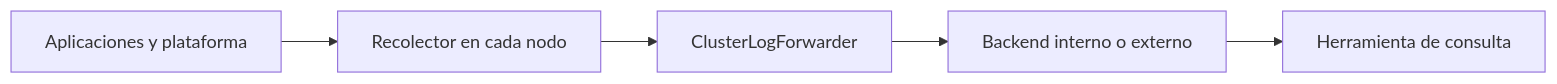
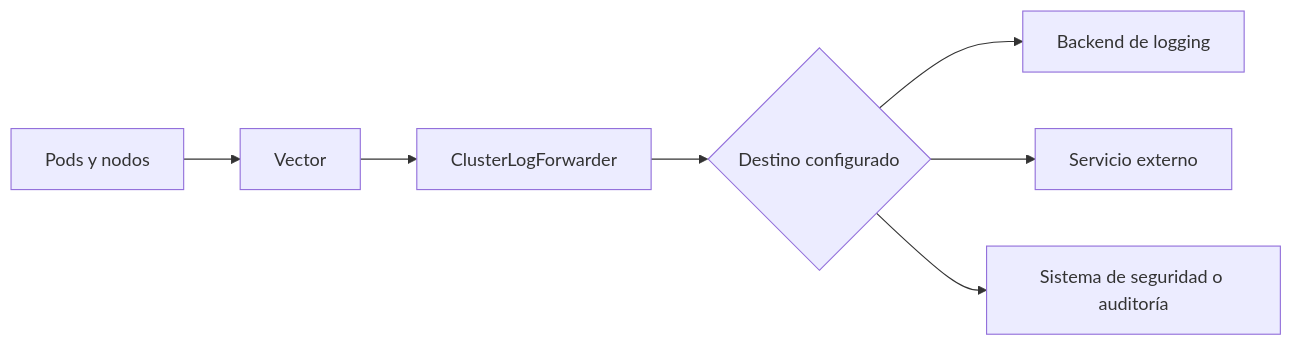
One commit to ieftraining/curso-openshift changed the fourth of 4 diagrams in docs/sesion3/3.4 Logs.md. Above: the diagram before and after it, drawn with Mermaid. The commit also changed other lines of this file, not shown here.

````diff
--- a/docs/sesion3/3.4 Logs.md
+++ b/docs/sesion3/3.4 Logs.md
@@ -215,7 +237,9 @@
 ```mermaid
 flowchart LR
-    A[Aplicaciones y plataforma] --> B[Recolector en cada nodo]
+    A[Pods y nodos] --> B[Vector]
     B --> C[ClusterLogForwarder]
-    C --> D[Backend interno o externo]
-    D --> E[Herramienta de consulta]
+    C --> D{Destino configurado}
+    D --> E[Backend de logging]
+    D --> F[Servicio externo]
+    D --> G[Sistema de seguridad o auditoría]
 ```
````
